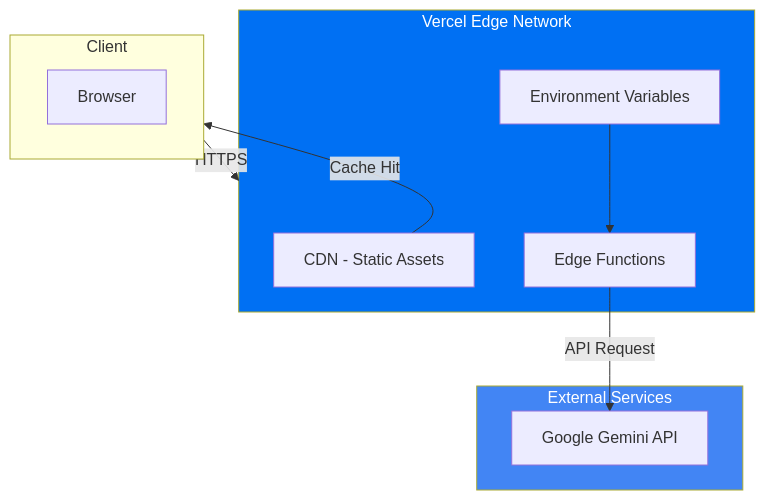
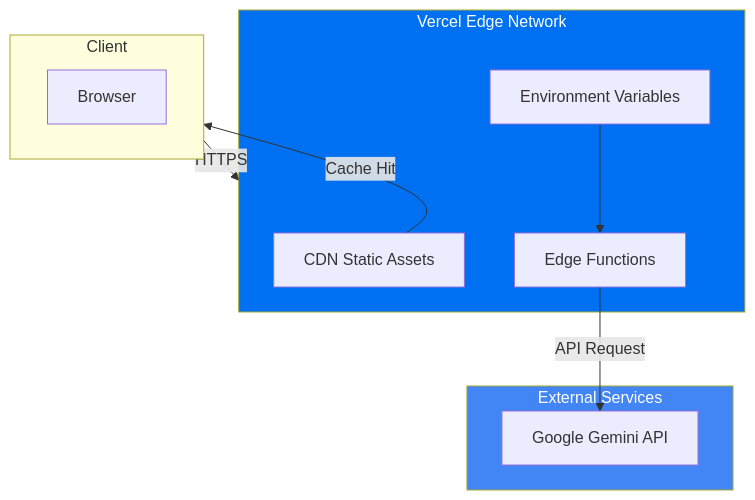
One commit to muhammaddseemab-dot/mediguide-ai changed the eighth of 10 diagrams in Architecture.md. Above: the diagram before and after it, drawn with Mermaid. The commit also changed other lines of this file, not shown here.

````diff
--- a/Architecture.md
+++ b/Architecture.md
@@ -320,24 +320,24 @@
 ```mermaid
 graph TB
     subgraph VERCEL[Vercel Edge Network]
-        CDN[CDN - Static Assets]
+        CDN[CDN Static Assets]
         EDGE[Edge Functions]
         ENV[Environment Variables]
     end
     
     subgraph EXTERNAL[External Services]
         GEMINI_API[Google Gemini API]
     end
     
     subgraph CLIENT[Client]
         BROWSER[Browser]
     end
     
     CLIENT -->|HTTPS| VERCEL
     CDN -->|Cache Hit| CLIENT
     EDGE -->|API Request| GEMINI_API
     ENV --> EDGE
     
     style VERCEL fill:#0070f3,color:#fff
     style EXTERNAL fill:#4285f4,color:#fff
 ```
````
